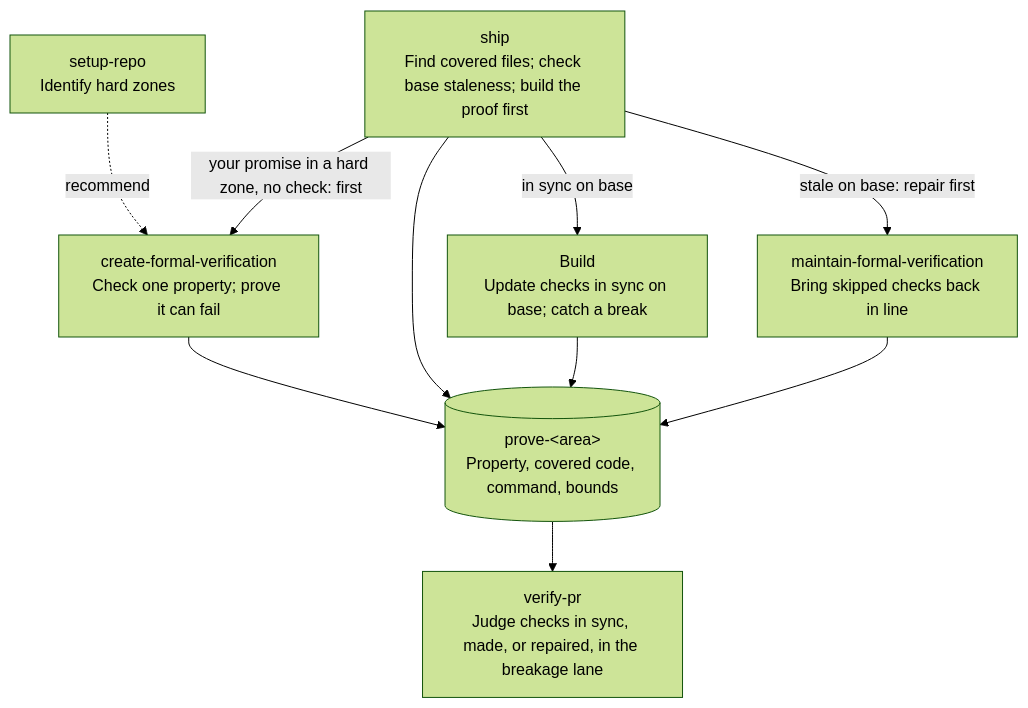
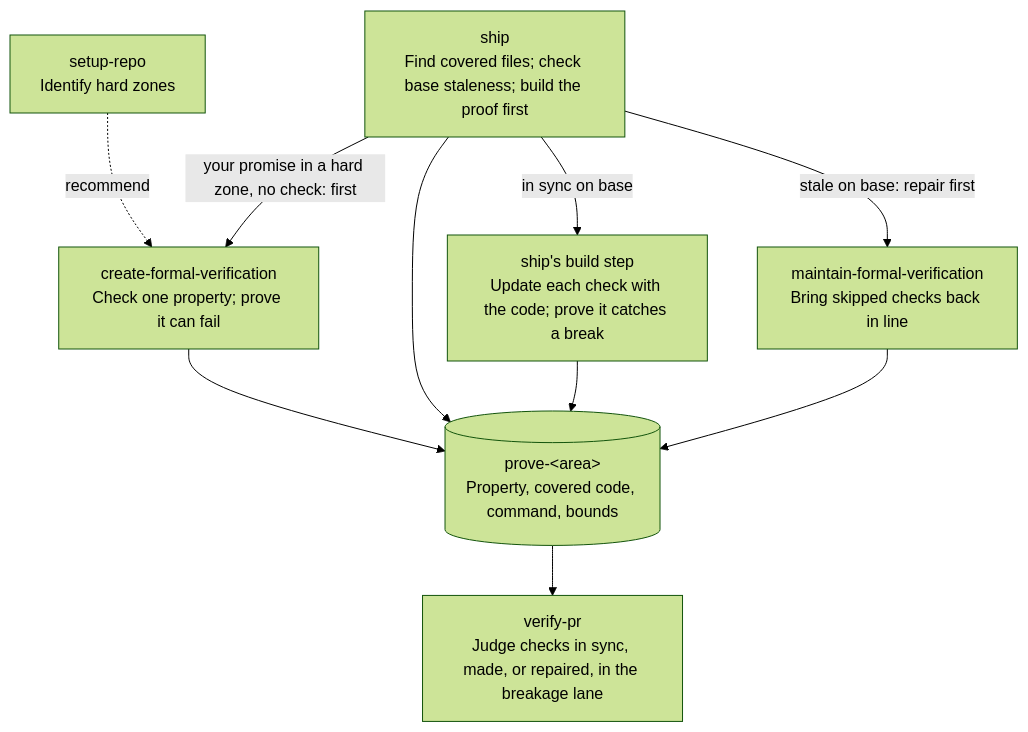
The fifth of 9 diagrams in skills/README.md (Ilian-Allaf/skillstack), drawn with Mermaid (forest theme) before and after one commit. The commit also changed other lines of this file and 1 other file, not shown here.

First line of the commit message:
Bring the map's diagrams in line with the skills

````diff
--- a/skills/README.md
+++ b/skills/README.md
@@ -243,19 +250,19 @@
 ```mermaid
 flowchart TB
     setup["setup-repo<br/>Identify hard zones"]
     create["create-formal-verification<br/>Check one property; prove it can fail"]
     prove[("prove-#lt;area#gt;<br/>Property, covered code, command, bounds")]
     ship["ship<br/>Find covered files; check base staleness; build the proof first"]
-    update["Build<br/>Update checks in sync on base; catch a break"]
+    update["ship's build step<br/>Update each check with the code; prove it catches a break"]
     maintain["maintain-formal-verification<br/>Bring skipped checks back in line"]
     verify["verify-pr<br/>Judge checks in sync, made, or repaired, in the breakage lane"]
     setup -.->|recommend| create
     create --> prove
     ship --> prove
     ship -->|in sync on base| update
     update --> prove
     ship -->|stale on base: repair first| maintain
     ship -->|your promise in a hard zone, no check: first| create
     maintain --> prove
     prove --> verify
 ```
````
